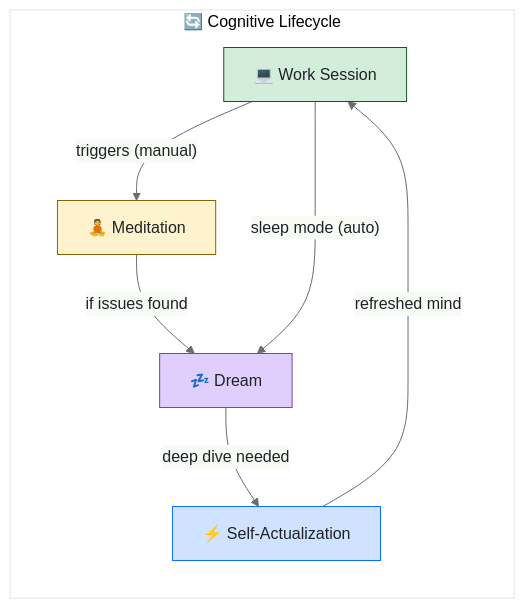
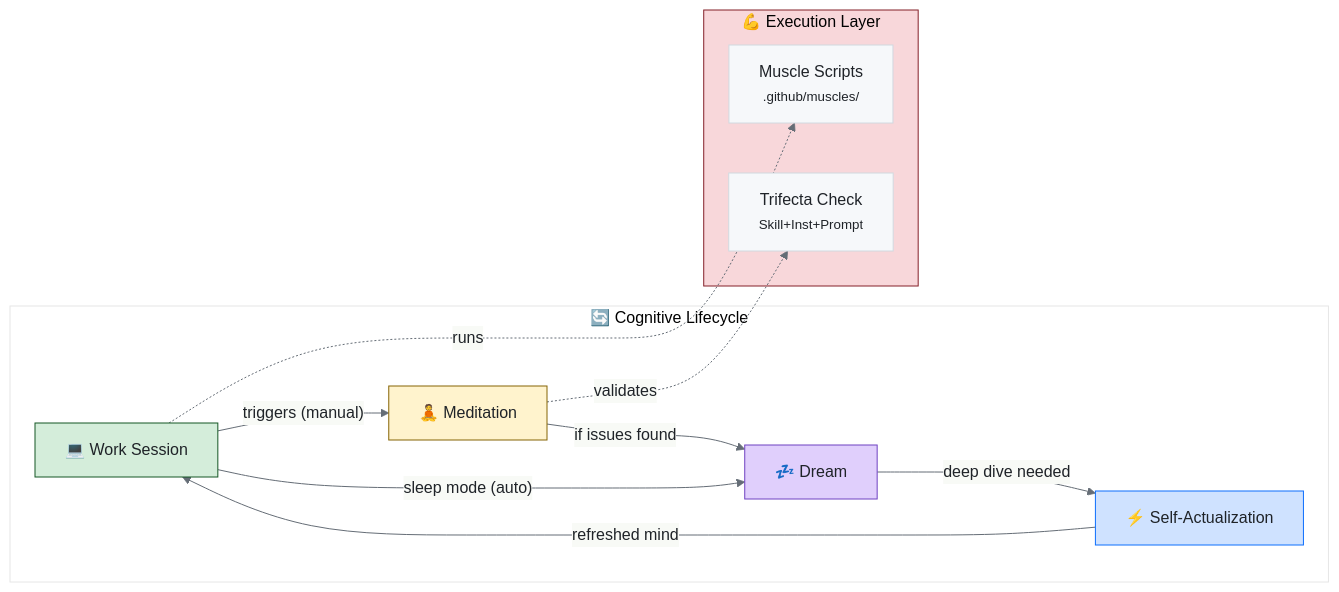
The third of 6 diagrams in alex_docs/skills/SKILLS-CATALOG.md (fabioc-aloha/Alex_Plug_In), drawn with Mermaid before and after one commit. The commit also changed other lines of this file and 52 other files, not shown here.

````diff
--- a/alex_docs/skills/SKILLS-CATALOG.md
+++ b/alex_docs/skills/SKILLS-CATALOG.md
@@ -642,21 +703,29 @@
 ```mermaid
 %%{init: {'theme': 'base', 'themeVariables': { 'primaryColor': '#f6f8fa', 'primaryTextColor': '#1f2328', 'primaryBorderColor': '#d1d9e0', 'lineColor': '#656d76'}}}%%
 flowchart LR
     subgraph Lifecycle["🔄 Cognitive Lifecycle"]
         WORK["💻 Work Session"]
         MEDITATE["🧘 Meditation"]
         DREAM["💤 Dream"]
         ACTUALIZE["⚡ Self-Actualization"]
     end
 
+    subgraph Execution["💪 Execution Layer"]
+        MUSCLES["Muscle Scripts<br/><small>.github/muscles/</small>"]
+        TRIFECTA["Trifecta Check<br/><small>Skill+Inst+Prompt</small>"]
+    end
+
     WORK -->|"triggers (manual)"| MEDITATE
     MEDITATE -->|"if issues found"| DREAM
     DREAM -->|"deep dive needed"| ACTUALIZE
     ACTUALIZE -->|"refreshed mind"| WORK
     WORK -->|"sleep mode (auto)"| DREAM
+    WORK -.->|"runs"| MUSCLES
+    MEDITATE -.->|"validates"| TRIFECTA
 
     style WORK fill:#d4edda,stroke:#155724
     style MEDITATE fill:#fff3cd,stroke:#856404
     style DREAM fill:#e0cffc,stroke:#6f42c1
     style ACTUALIZE fill:#cfe2ff,stroke:#0d6efd
+    style Execution fill:#f8d7da,stroke:#842029
 ```
````
